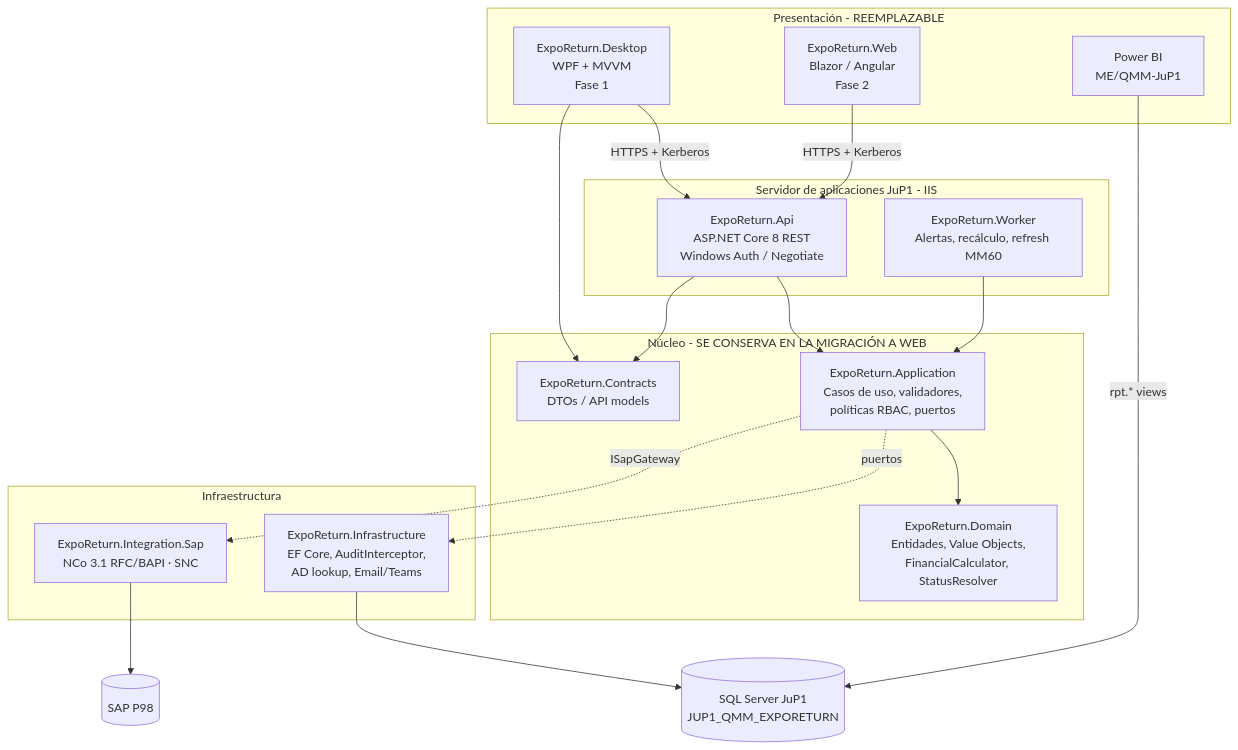
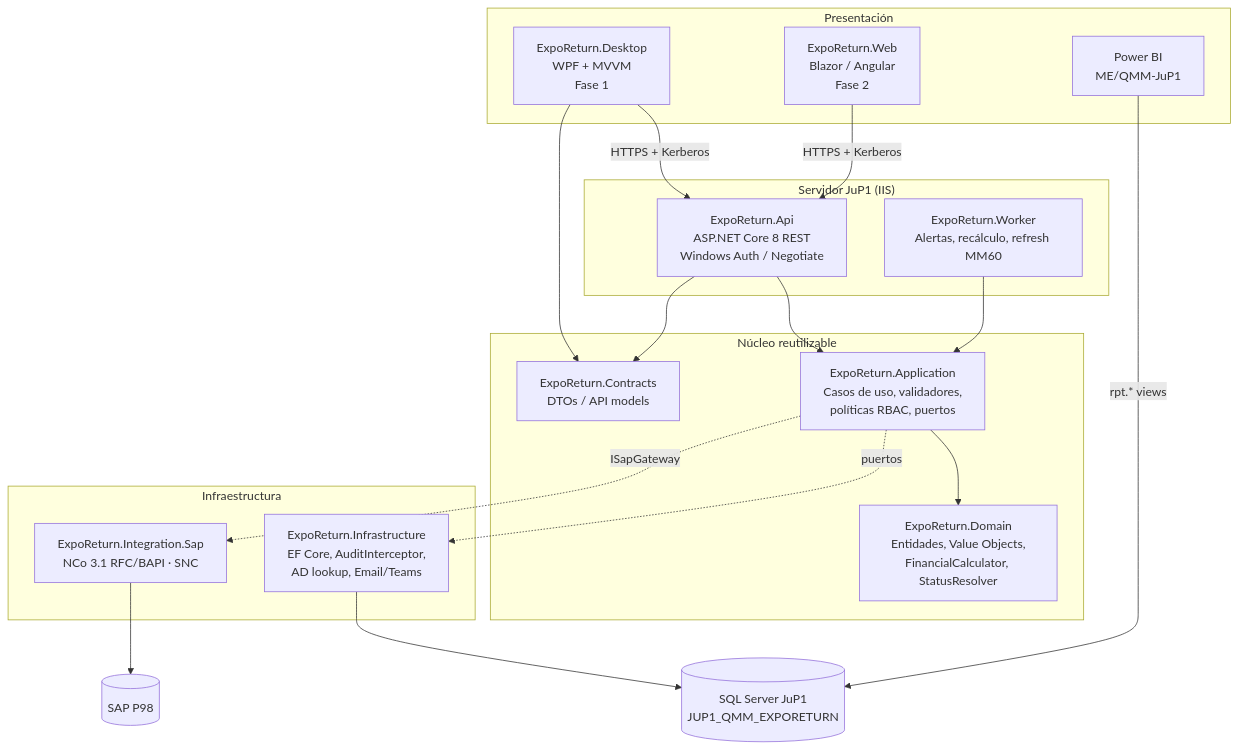
The first of 2 diagrams in docs/01_Arquitectura_Solucion.md (luisreyna060318-alt/ib-process-test), drawn with Mermaid before and after one commit. The commit also changed other lines of this file and 18 other files, not shown here.

````diff
--- a/docs/01_Arquitectura_Solucion.md
+++ b/docs/01_Arquitectura_Solucion.md
@@ -24,40 +24,40 @@
 ```mermaid
 flowchart TB
-    subgraph P[Presentación - REEMPLAZABLE]
+    subgraph P["Presentación"]
         WPF[ExpoReturn.Desktop<br/>WPF + MVVM<br/>Fase 1]
         WEB[ExpoReturn.Web<br/>Blazor / Angular<br/>Fase 2]
         PBI[Power BI<br/>ME/QMM-JuP1]
     end
 
-    subgraph S[Servidor de aplicaciones JuP1 - IIS]
+    subgraph S["Servidor JuP1 (IIS)"]
         API[ExpoReturn.Api<br/>ASP.NET Core 8 REST<br/>Windows Auth / Negotiate]
         WRK[ExpoReturn.Worker<br/>Alertas, recálculo, refresh MM60]
     end
 
-    subgraph C[Núcleo - SE CONSERVA EN LA MIGRACIÓN A WEB]
+    subgraph C["Núcleo reutilizable"]
         APP[ExpoReturn.Application<br/>Casos de uso, validadores,<br/>políticas RBAC, puertos]
         DOM[ExpoReturn.Domain<br/>Entidades, Value Objects,<br/>FinancialCalculator, StatusResolver]
         CON[ExpoReturn.Contracts<br/>DTOs / API models]
     end
 
     subgraph I[Infraestructura]
         INF[ExpoReturn.Infrastructure<br/>EF Core, AuditInterceptor,<br/>AD lookup, Email/Teams]
         SAP[ExpoReturn.Integration.Sap<br/>NCo 3.1 RFC/BAPI · SNC]
     end
 
     DB[(SQL Server JuP1<br/>JUP1_QMM_EXPORETURN)]
     P98[(SAP P98)]
 
     WPF -- HTTPS + Kerberos --> API
     WEB -- HTTPS + Kerberos --> API
     PBI -- rpt.* views --> DB
     API --> APP
     WRK --> APP
     APP --> DOM
     API --> CON
     WPF --> CON
     APP -. puertos .-> INF
     APP -. ISapGateway .-> SAP
     INF --> DB
     SAP --> P98
 ```
````
